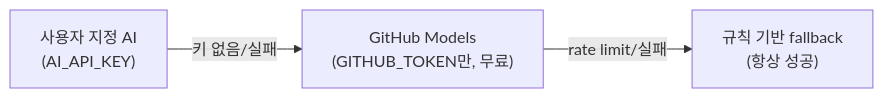
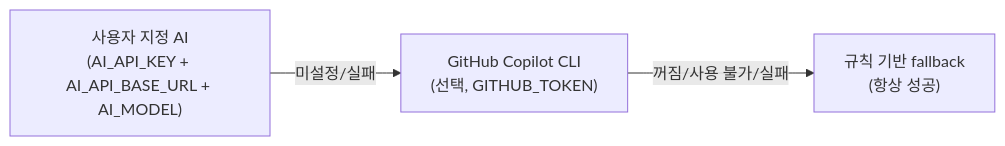
One commit to Twin-Fang/project-auto-wizard changed the first of 3 diagrams in README.md. Above: the diagram before and after it, drawn with Mermaid. The commit also changed other lines of this file and 4 other files, not shown here.

Commit message:
docs: GitHub Models 종료와 Copilot 과금·opt-in 옵션에 맞게 안내 문구와 README 정정 (#134)

````diff
--- a/README.md
+++ b/README.md
@@ -190,5 +192,5 @@
 ```mermaid
 flowchart LR
-    B["사용자 지정 AI<br/>(AI_API_KEY)"] -->|"키 없음/실패"| C["GitHub Models<br/>(GITHUB_TOKEN만, 무료)"]
-    C -->|"rate limit/실패"| D["규칙 기반 fallback<br/>(항상 성공)"]
+    B["사용자 지정 AI<br/>(AI_API_KEY + AI_API_BASE_URL + AI_MODEL)"] -->|"미설정/실패"| C["GitHub Copilot CLI<br/>(선택, GITHUB_TOKEN)"]
+    C -->|"꺼짐/사용 불가/실패"| D["규칙 기반 fallback<br/>(항상 성공)"]
 ```
````
